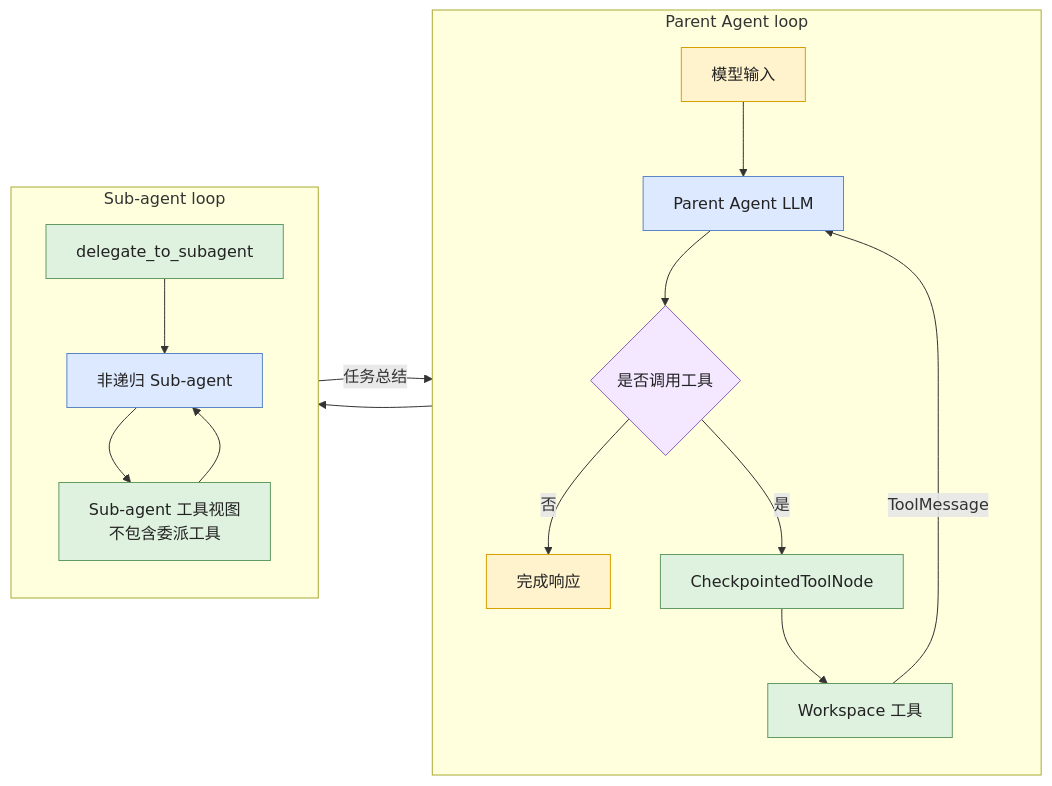
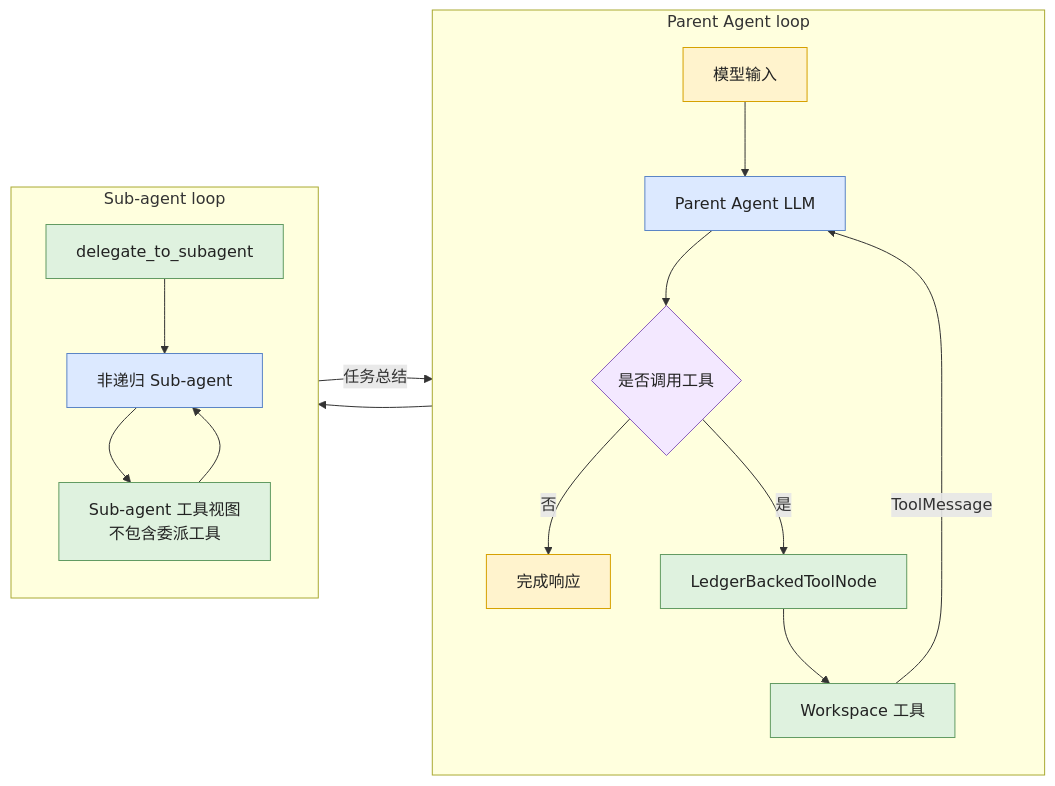
Before and after one commit to Dzheng2250/learn_langchain: the third of 3 diagrams in docs/architecture/agent-execution-call-chain.md, drawn with Mermaid. The commit also changed other lines of this file and 12 other files, not shown here.

````diff
--- a/docs/architecture/agent-execution-call-chain.md
+++ b/docs/architecture/agent-execution-call-chain.md
@@ -497,39 +498,39 @@
 ```mermaid
 flowchart LR
     subgraph ParentLoop["Parent Agent loop"]
         direction TB
         Start["模型输入"]
         Parent["Parent Agent LLM"]
         Decision{"是否调用工具"}
-        ToolNode["CheckpointedToolNode"]
+        ToolNode["LedgerBackedToolNode"]
         Tools["Workspace 工具"]
         Done["完成响应"]
 
         Start --> Parent --> Decision
         Decision -->|"否"| Done
         Decision -->|"是"| ToolNode
         ToolNode --> Tools
         Tools -->|"ToolMessage"| Parent
     end
 
     subgraph SubagentLoop["Sub-agent loop"]
         direction TB
         Delegate["delegate_to_subagent"]
         Subagent["非递归 Sub-agent"]
         SubTools["Sub-agent 工具视图<br/>不包含委派工具"]
         Delegate --> Subagent
         Subagent --> SubTools --> Subagent
     end
 
     ToolNode --> Delegate
     Subagent -->|"任务总结"| Parent
 
     classDef input fill:#fff3cd,stroke:#d6a100,color:#222;
     classDef agent fill:#dce9ff,stroke:#5b85c5,color:#222;
     classDef tool fill:#dff2df,stroke:#629b62,color:#222;
     classDef decision fill:#f3e8ff,stroke:#8b5fbf,color:#222;
     class Start,Done input;
     class Parent,Subagent agent;
     class ToolNode,Tools,Delegate,SubTools tool;
     class Decision decision;
 ```
````
